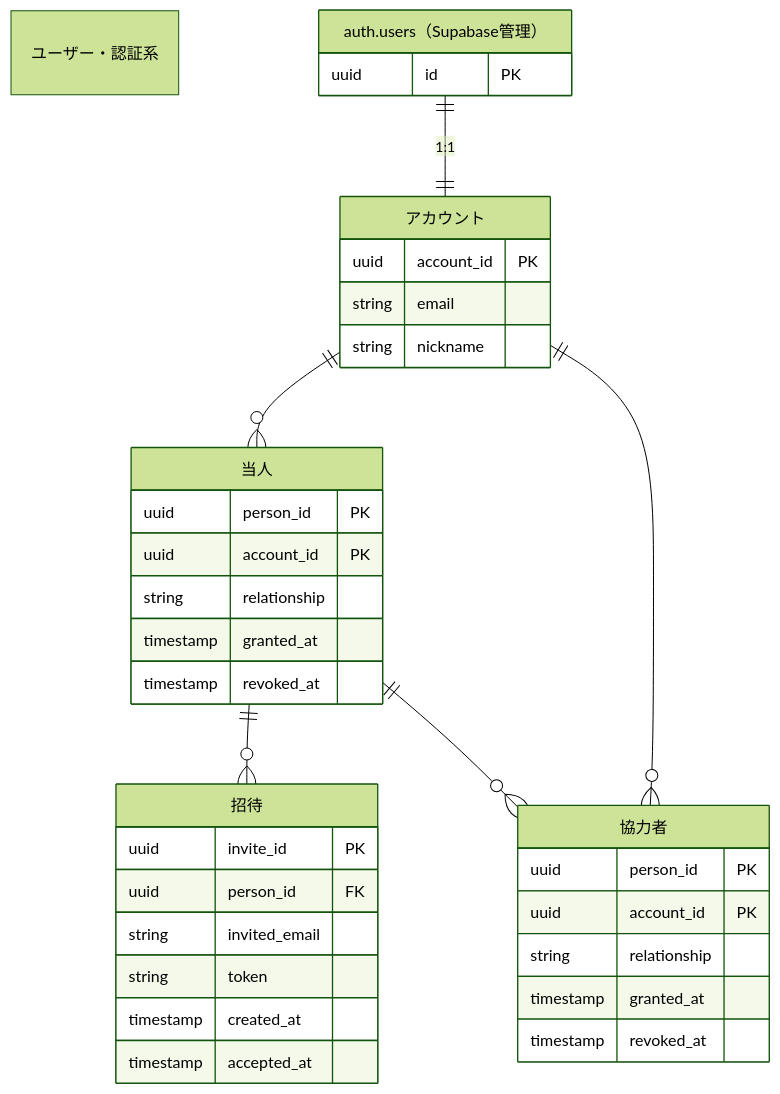
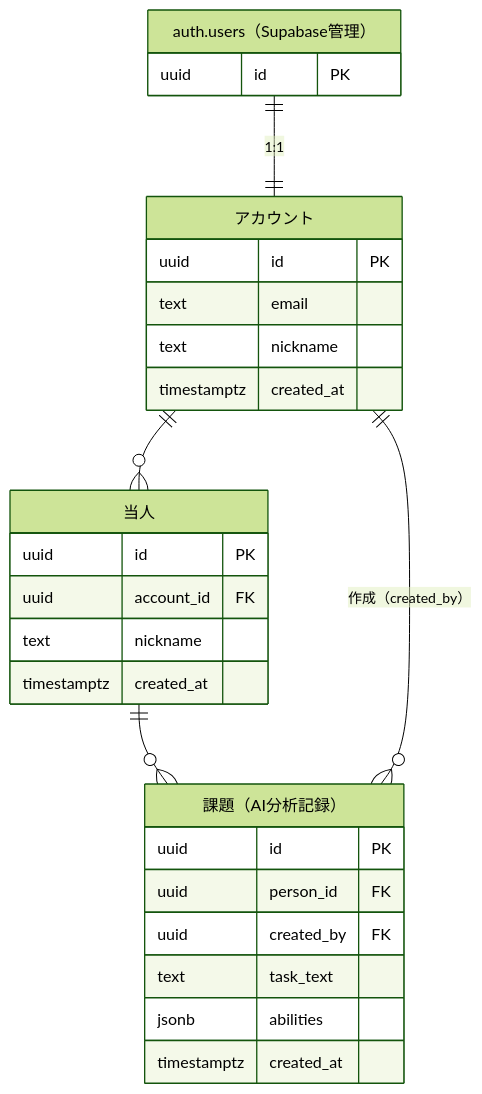
One commit to minamy-i/soreata changed the first of 2 diagrams in docs/data_structure.md. Above: the diagram before and after it, drawn with Mermaid (forest theme). The commit also changed other lines of this file and 3 other files, not shown here.

````diff
--- a/docs/data_structure.md
+++ b/docs/data_structure.md
@@ -2,41 +3,30 @@
 ```mermaid
 erDiagram
-    ユーザー・認証系
     AUTH_USERS["auth.users（Supabase管理）"] {
         uuid id PK
     }
     ACCOUNTS["アカウント"] {
-        uuid account_id PK
-        string email
-        string nickname
+        uuid id PK
+        text email
+        text nickname
+        timestamptz created_at
     }
     PERSONS["当人"] {
-        uuid person_id PK
-        uuid account_id PK
-        string relationship
-        timestamp granted_at
-        timestamp revoked_at
+        uuid id PK
+        uuid account_id FK
+        text nickname
+        timestamptz created_at
     }
-    INVITATIONS["招待"] {
-        uuid invite_id PK
+    DECOMPOSITIONS["課題（AI分析記録）"] {
+        uuid id PK
         uuid person_id FK
-        string invited_email
-        string token
-        timestamp created_at
-        timestamp accepted_at
-    }
-    COLLABORATORS["協力者"] {
-        uuid person_id PK
-        uuid account_id PK
-        string relationship
-        timestamp granted_at
-        timestamp revoked_at
+        uuid created_by FK
+        text task_text
+        jsonb abilities
+        timestamptz created_at
     }
     AUTH_USERS ||--|| ACCOUNTS : "1:1"
     ACCOUNTS ||--o{ PERSONS : ""
-    PERSONS ||--o{ INVITATIONS : ""
-    PERSONS ||--o{ COLLABORATORS : ""
-    ACCOUNTS ||--o{ COLLABORATORS : ""
-
-
+    PERSONS ||--o{ DECOMPOSITIONS : ""
+    ACCOUNTS ||--o{ DECOMPOSITIONS : "作成（created_by）"
 ```
````
